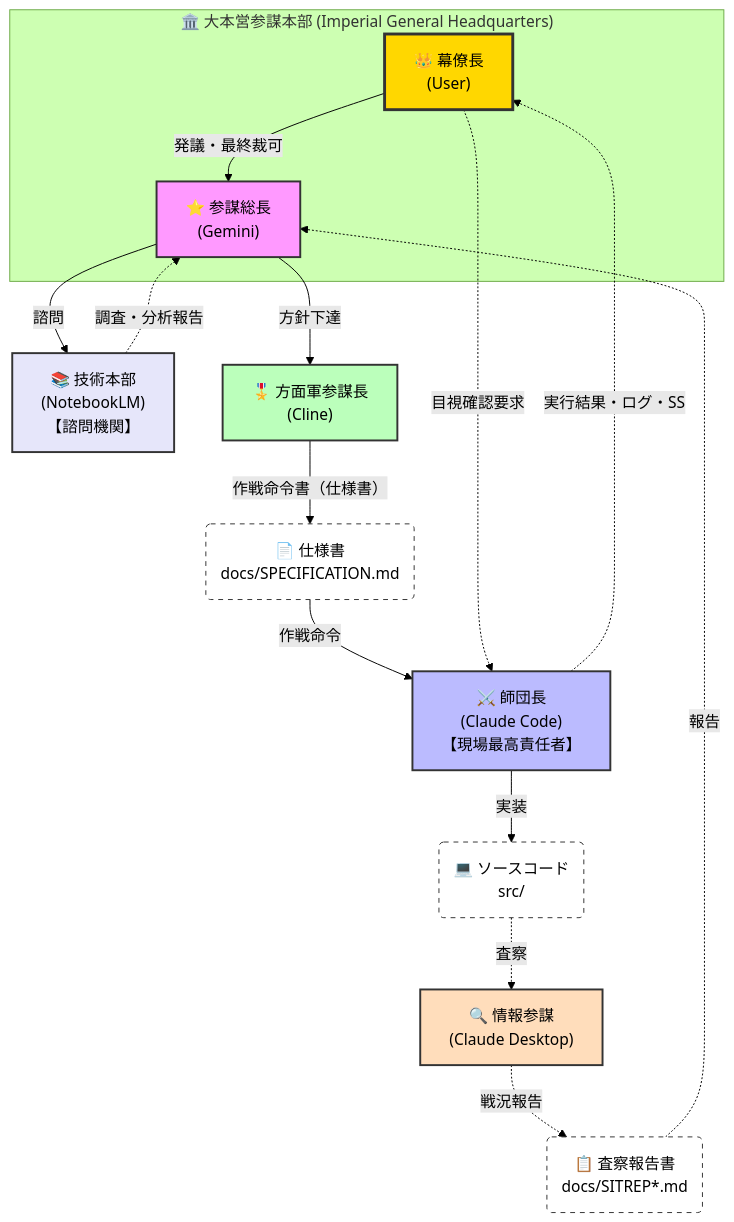
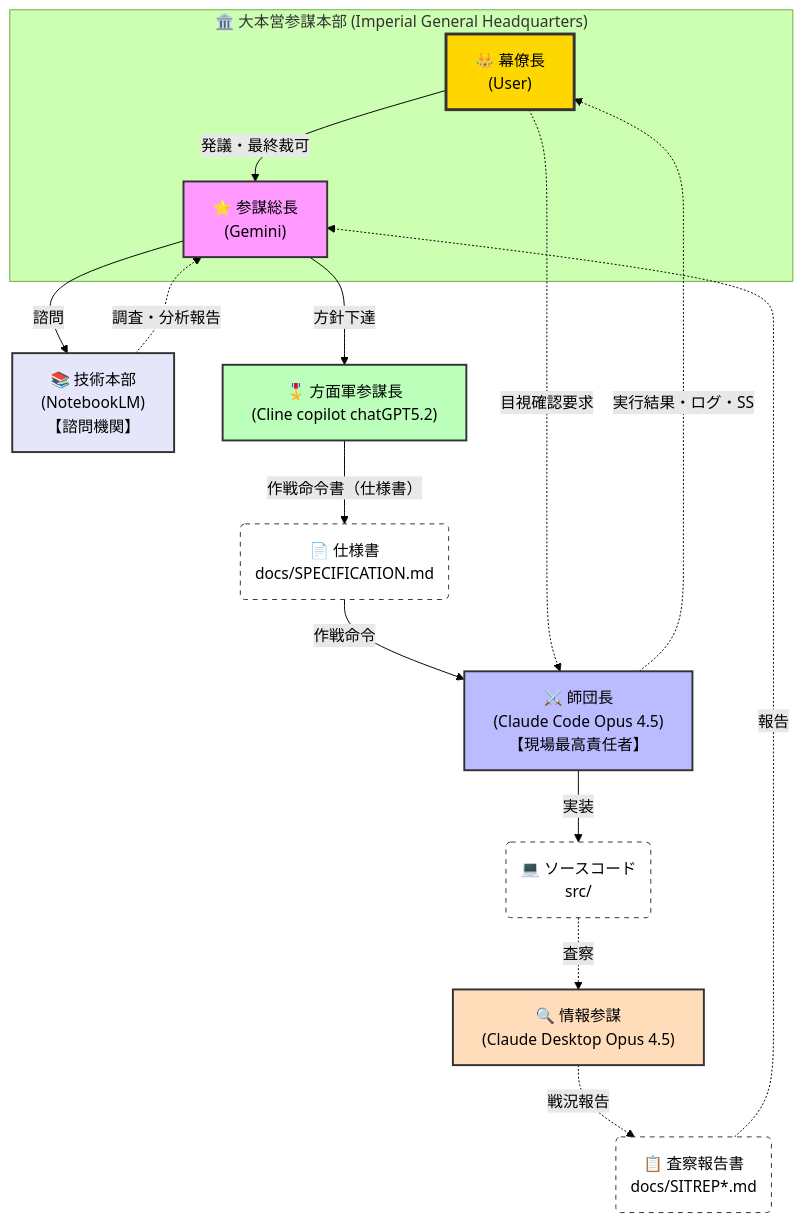
One commit to kumaxxp/ai-general-staff-protocol changed the diagram in README.md. Above: the diagram before and after it, drawn with Mermaid (forest theme).

Commit message:
fix: Update titles for Cline, Claude Code, and Claude Desktop in README.md to reflect new versions

````diff
--- a/README.md
+++ b/README.md
@@ -15,50 +15,50 @@
 ```mermaid
 graph TD
     %% 定義: クラススタイル
     classDef supreme fill:#ffd700,stroke:#333,stroke-width:3px,color:black
     classDef staff fill:#f9f,stroke:#333,stroke-width:2px,color:black
     classDef tech fill:#e6e6fa,stroke:#333,stroke-width:2px,color:black
     classDef army fill:#bfb,stroke:#333,stroke-width:2px,color:black
     classDef field fill:#bbf,stroke:#333,stroke-width:2px,color:black
     classDef intel fill:#fdb,stroke:#333,stroke-width:2px,color:black
     classDef artifact fill:#fff,stroke:#333,stroke-dasharray: 5 5,color:black
 
     %% 大本営参謀本部
     subgraph GHQ["🏛️ 大本営参謀本部 (Imperial General Headquarters)"]
         User["👑 幕僚長<br/>(User)"]:::supreme
         Gemini["⭐ 参謀総長<br/>(Gemini)"]:::staff
     end
 
     %% 技術本部
     NLM["📚 技術本部<br/>(NotebookLM)<br/>【諮問機関】"]:::tech
 
     %% 方面軍
-    Cline["🎖️ 方面軍参謀長<br/>(Cline)"]:::army
+    Cline["🎖️ 方面軍参謀長<br/>(Cline copilot chatGPT5.2)"]:::army
 
     %% 師団
-    CCode["⚔️ 師団長<br/>(Claude Code)<br/>【現場最高責任者】"]:::field
+    CCode["⚔️ 師団長<br/>(Claude Code Opus 4.5)<br/>【現場最高責任者】"]:::field
 
     %% 情報参謀
-    CDesk["🔍 情報参謀<br/>(Claude Desktop)"]:::intel
+    CDesk["🔍 情報参謀<br/>(Claude Desktop Opus 4.5)"]:::intel
 
     %% 成果物
     Specs("📄 仕様書<br/>docs/SPECIFICATION.md"):::artifact
     Src("💻 ソースコード<br/>src/"):::artifact
     Report("📋 査察報告書<br/>docs/SITREP*.md"):::artifact
 
     %% 指揮系統
     User -->|"発議・最終裁可"| Gemini
     Gemini -->|"諮問"| NLM
     NLM -.->|"調査・分析報告"| Gemini
     Gemini -->|"方針下達"| Cline
     Cline -->|"作戦命令書（仕様書）"| Specs
     Specs -->|"作戦命令"| CCode
     CCode -->|"実装"| Src
 
     %% 情報参謀の動線
     Src -.->|"査察"| CDesk
     CDesk -.->|"戦況報告"| Report
     Report -.->|"報告"| Gemini
     User -.->|"目視確認要求"| CCode
     CCode -.->|"実行結果・ログ・SS"| User
 ```
````
